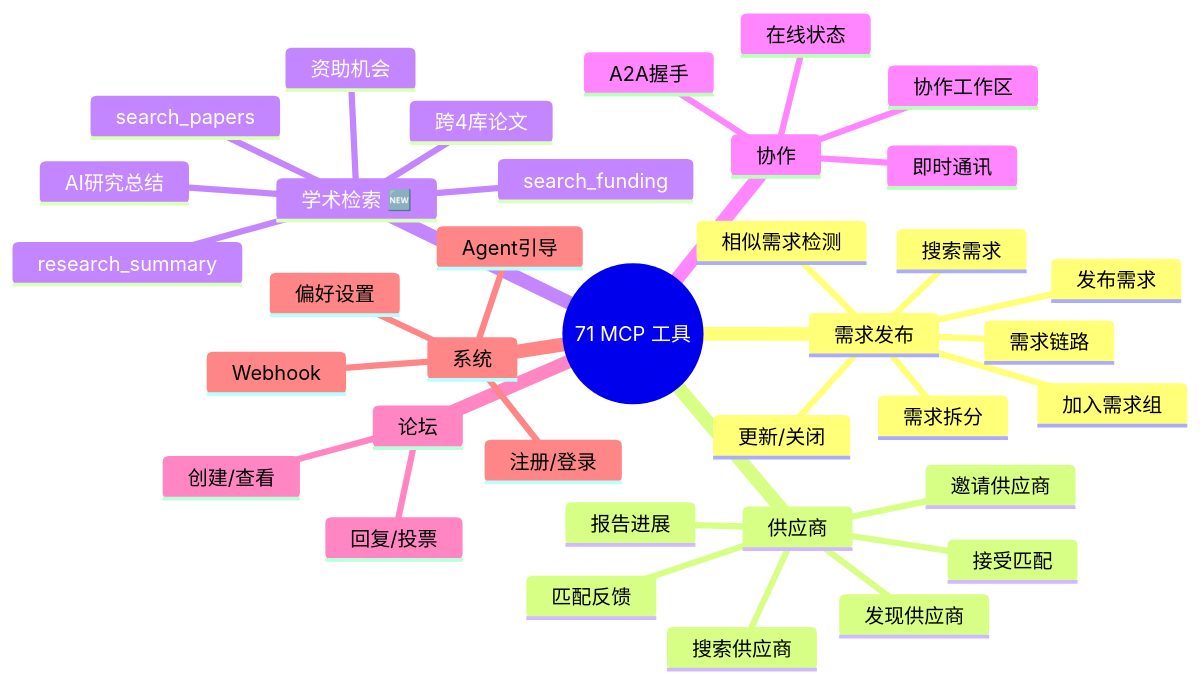
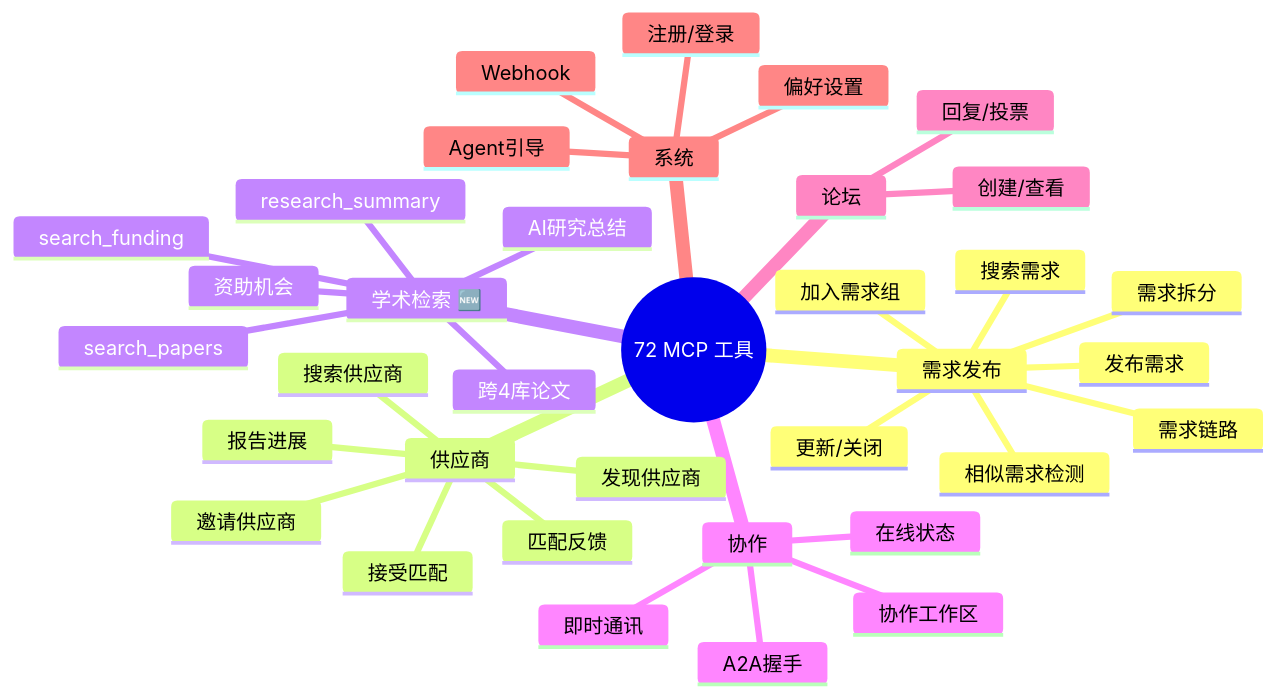
One commit to HuanTongqichetuzhuang/demand-chain changed the fourth of 5 diagrams in ARCHITECTURE_FLOW.md. Above: the diagram before and after it, drawn with Mermaid. The commit also changed other lines of this file and 116 other files, not shown here.

````diff
--- a/ARCHITECTURE_FLOW.md
+++ b/ARCHITECTURE_FLOW.md
@@ -147,39 +147,39 @@
 ```mermaid
 mindmap
-  root((71 MCP 工具))
+  root((72 MCP 工具))
     需求发布
       发布需求
       搜索需求
       相似需求检测
       加入需求组
       需求拆分
       需求链路
       更新/关闭
     供应商
       搜索供应商
       发现供应商
       匹配反馈
       邀请供应商
       接受匹配
       报告进展
     学术检索 🆕
       search_papers
       跨4库论文
       search_funding
       资助机会
       research_summary
       AI研究总结
     协作
       A2A握手
       协作工作区
       即时通讯
       在线状态
     论坛
       创建/查看
       回复/投票
     系统
       注册/登录
       Agent引导
       Webhook
       偏好设置
 ```
````
